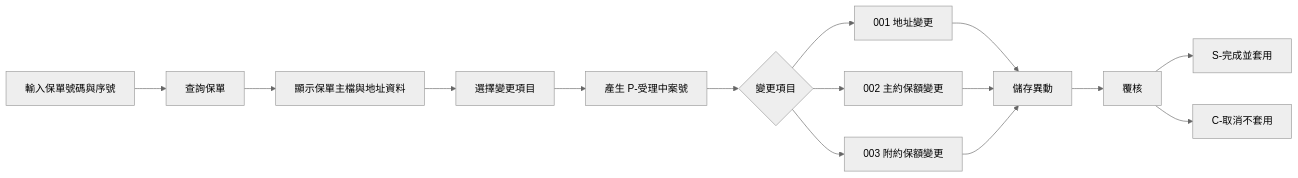
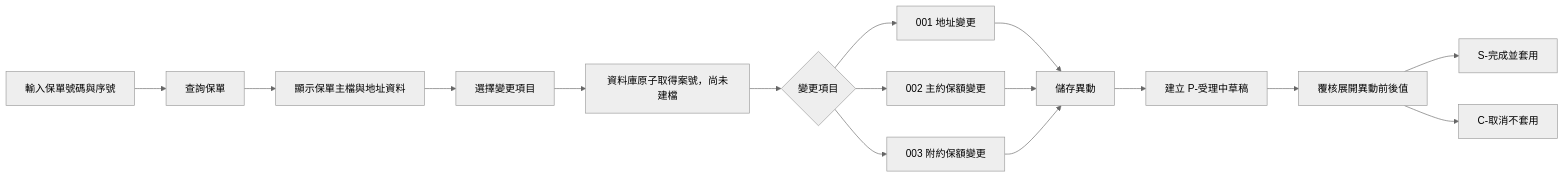
Before and after one commit to lin-chia-ying0630/pos-web: the first of 6 diagrams in readme.md, drawn with Mermaid (neutral theme). The commit also changed other lines of this file and 46 other files, not shown here.

````diff
--- a/readme.md
+++ b/readme.md
@@ -9,17 +9,18 @@
 ```mermaid
 flowchart LR
     A["輸入保單號碼與序號"] --> B["查詢保單"]
     B --> C["顯示保單主檔與地址資料"]
     C --> D["選擇變更項目"]
-    D --> E["產生 P-受理中案號"]
+    D --> E["資料庫原子取得案號，尚未建檔"]
     E --> F{"變更項目"}
     F --> G["001 地址變更"]
     F --> H["002 主約保額變更"]
     F --> I["003 附約保額變更"]
     G --> J["儲存異動"]
     H --> J
     I --> J
-    J --> K["覆核"]
-    K --> L["S-完成並套用"]
-    K --> M["C-取消不套用"]
+    J --> K["建立 P-受理中草稿"]
+    K --> L["覆核展開異動前後值"]
+    L --> M["S-完成並套用"]
+    L --> N["C-取消不套用"]
 ```
````
